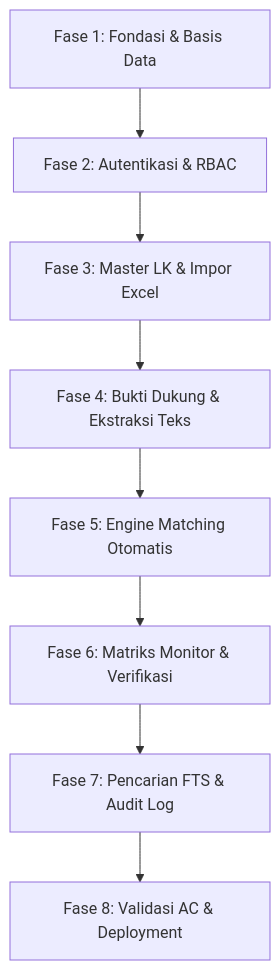
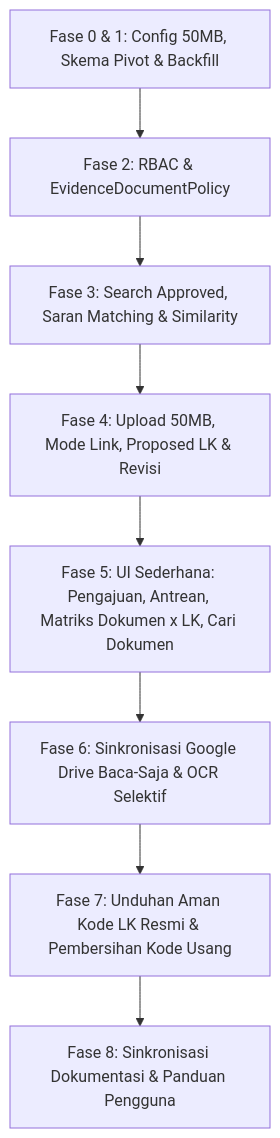
One commit to Raaamaa/websinkronisasi changed the diagram in Md/TASKS.md. Above: the diagram before and after it, drawn with Mermaid. The commit also changed other lines of this file and 10 other files, not shown here.

````diff
--- a/Md/TASKS.md
+++ b/Md/TASKS.md
@@ -18,10 +18,10 @@
 ```mermaid
 graph TD
-    P1[Fase 1: Fondasi & Basis Data] --> P2[Fase 2: Autentikasi & RBAC]
-    P2 --> P3[Fase 3: Master LK & Impor Excel]
-    P3 --> P4[Fase 4: Bukti Dukung & Ekstraksi Teks]
-    P4 --> P5[Fase 5: Engine Matching Otomatis]
-    P5 --> P6[Fase 6: Matriks Monitor & Verifikasi]
-    P6 --> P7[Fase 7: Pencarian FTS & Audit Log]
-    P7 --> P8[Fase 8: Validasi AC & Deployment]
+    P0[Fase 0 & 1: Config 50MB, Skema Pivot & Backfill] --> P2[Fase 2: RBAC & EvidenceDocumentPolicy]
+    P2 --> P3[Fase 3: Search Approved, Saran Matching & Similarity]
+    P3 --> P4[Fase 4: Upload 50MB, Mode Link, Proposed LK & Revisi]
+    P4 --> P5[Fase 5: UI Sederhana: Pengajuan, Antrean, Matriks Dokumen x LK, Cari Dokumen]
+    P5 --> P6[Fase 6: Sinkronisasi Google Drive Baca-Saja & OCR Selektif]
+    P6 --> P7[Fase 7: Unduhan Aman Kode LK Resmi & Pembersihan Kode Usang]
+    P7 --> P8[Fase 8: Sinkronisasi Dokumentasi & Panduan Pengguna]
 ```
````
